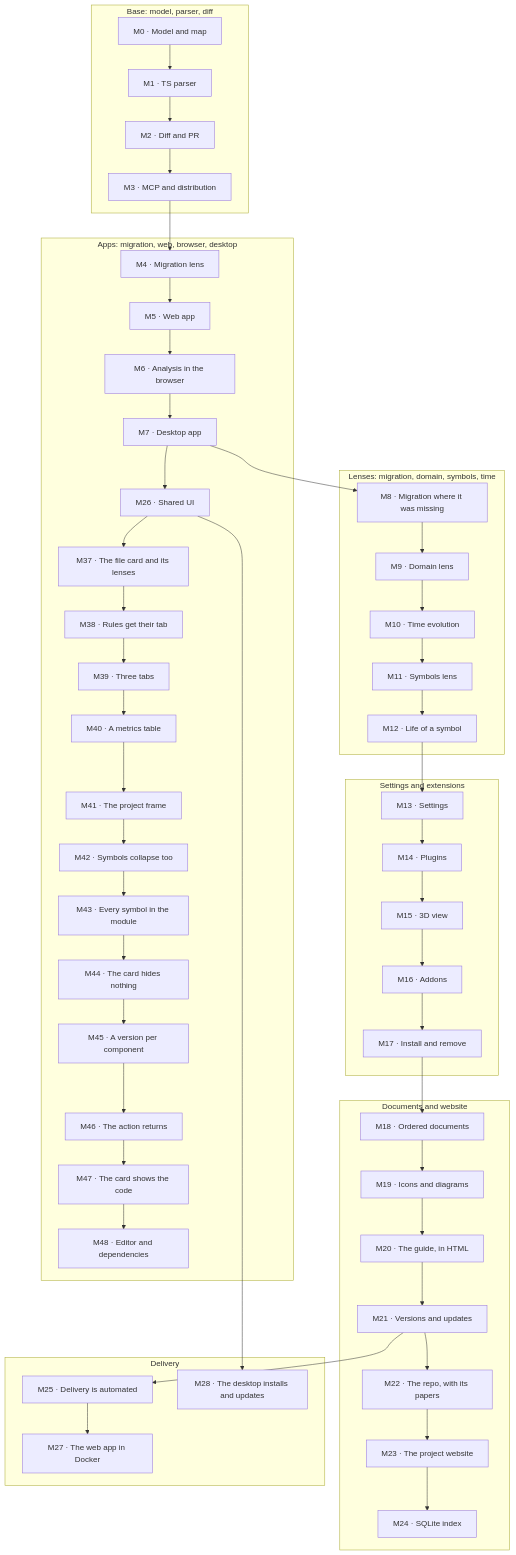
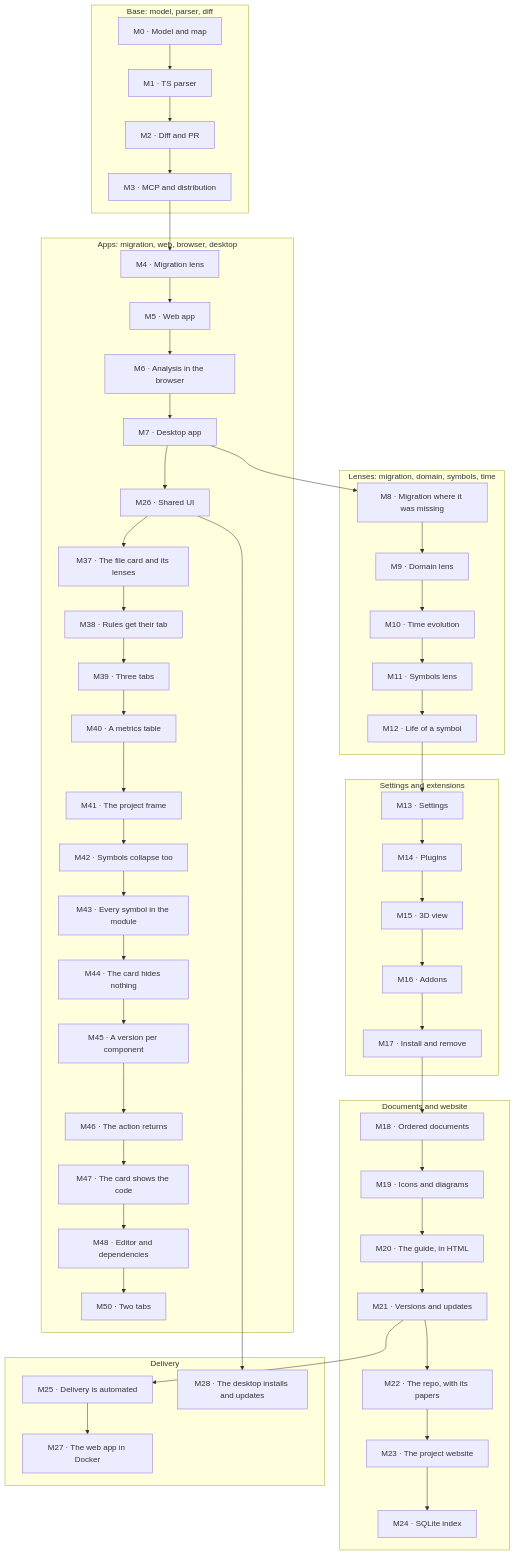
One commit to jaminsmoke/codarch changed the diagram in apps/site/docs/en/adr/roadmap.md. Above: the diagram before and after it, drawn with Mermaid. The commit also changed other lines of this file and 4 other files, not shown here.

````diff
--- a/apps/site/docs/en/adr/roadmap.md
+++ b/apps/site/docs/en/adr/roadmap.md
@@ -41,56 +42,57 @@
 ```mermaid
 flowchart TD
   subgraph base["Base: model, parser, diff"]
     M0["M0 · Model and map"] --> M1["M1 · TS parser"]
     M1 --> M2["M2 · Diff and PR"]
     M2 --> M3["M3 · MCP and distribution"]
   end
   subgraph apps["Apps: migration, web, browser, desktop"]
     M4["M4 · Migration lens"] --> M5["M5 · Web app"]
     M5 --> M6["M6 · Analysis in the browser"]
     M6 --> M7["M7 · Desktop app"]
     M7 --> M26["M26 · Shared UI"]
     M26 --> M37["M37 · The file card and its lenses"]
     M37 --> M38["M38 · Rules get their tab"]
     M38 --> M39["M39 · Three tabs"]
     M39 --> M40["M40 · A metrics table"]
     M40 --> M41["M41 · The project frame"]
     M41 --> M42["M42 · Symbols collapse too"]
     M42 --> M43["M43 · Every symbol in the module"]
     M43 --> M44["M44 · The card hides nothing"]
     M44 --> M45["M45 · A version per component"]
     M45 --> M46["M46 · The action returns"]
     M46 --> M47["M47 · The card shows the code"]
     M47 --> M48["M48 · Editor and dependencies"]
+    M48 --> M50["M50 · Two tabs"]
   end
   subgraph lenses["Lenses: migration, domain, symbols, time"]
     M8["M8 · Migration where it was missing"] --> M9["M9 · Domain lens"]
     M9 --> M10["M10 · Time evolution"]
     M10 --> M11["M11 · Symbols lens"]
     M11 --> M12["M12 · Life of a symbol"]
   end
   subgraph ext["Settings and extensions"]
     M13["M13 · Settings"] --> M14["M14 · Plugins"]
     M14 --> M15["M15 · 3D view"]
     M15 --> M16["M16 · Addons"]
     M16 --> M17["M17 · Install and remove"]
   end
   subgraph docs["Documents and website"]
     M18["M18 · Ordered documents"] --> M19["M19 · Icons and diagrams"]
     M19 --> M20["M20 · The guide, in HTML"]
     M20 --> M21["M21 · Versions and updates"]
     M21 --> M22["M22 · The repo, with its papers"]
     M22 --> M23["M23 · The project website"]
     M23 --> M24["M24 · SQLite index"]
   end
   subgraph delivery["Delivery"]
     M25["M25 · Delivery is automated"]
     M25 --> M27["M27 · The web app in Docker"]
     M26 --> M28["M28 · The desktop installs and updates"]
   end
   M3 --> M4
   M7 --> M8
   M12 --> M13
   M17 --> M18
   M21 --> M25
 ```
````
